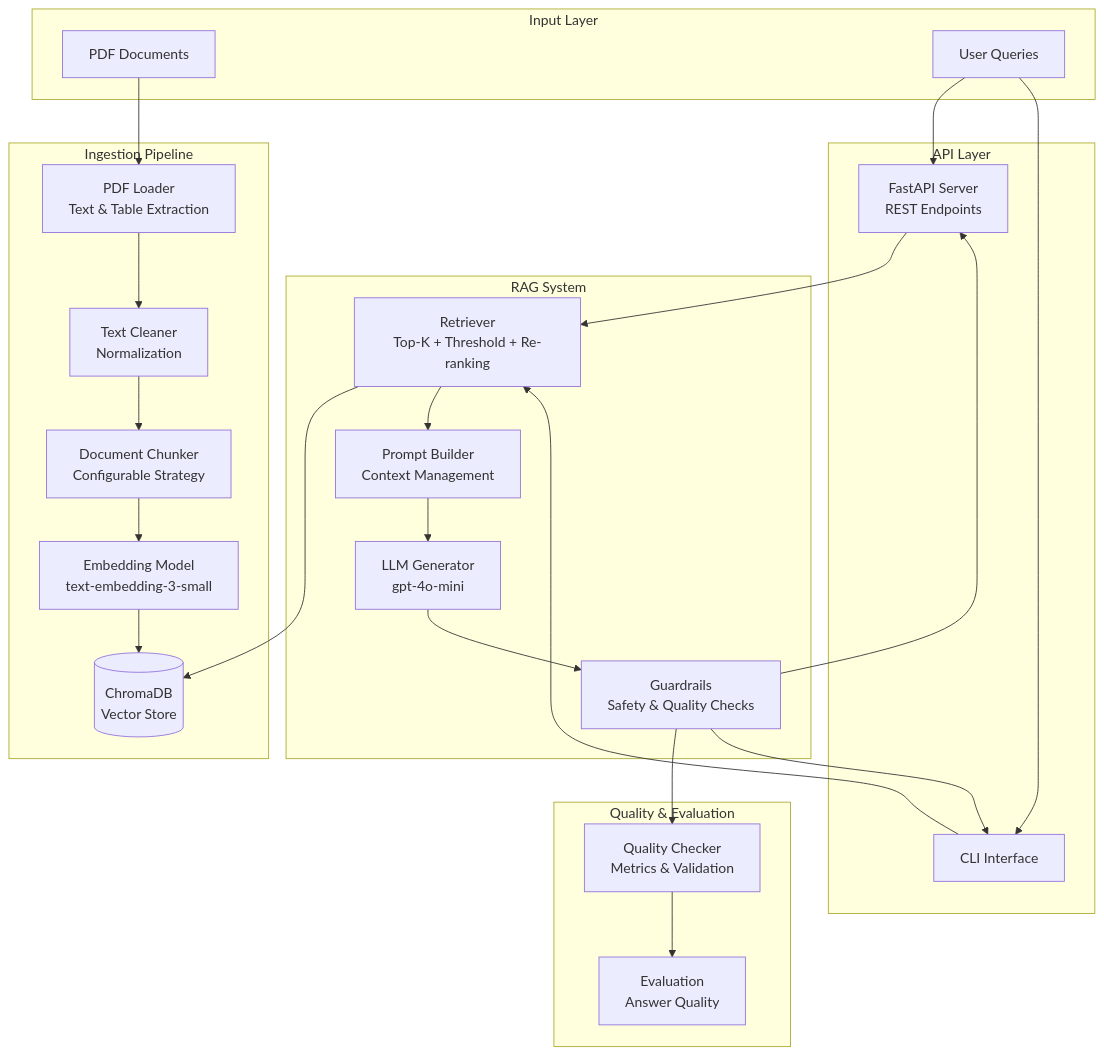
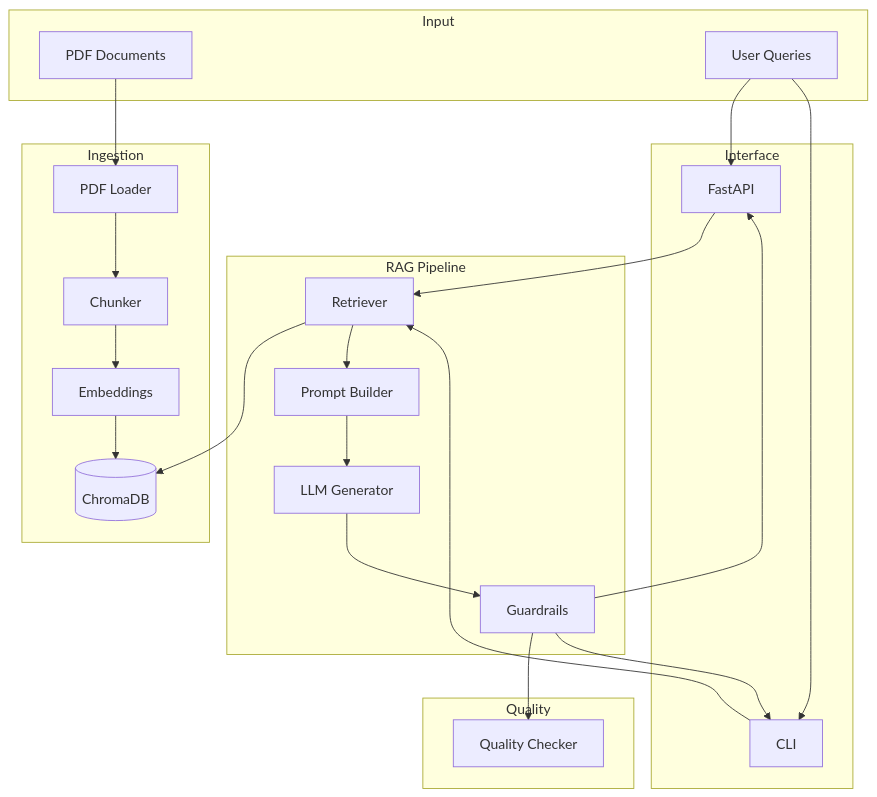
The first of 5 diagrams in README.md (jaisris/LabAssist_AI), drawn with Mermaid before and after one commit. The commit also changed other lines of this file, not shown here.

Commit message:
Update README: Remove Component Interactions diagram and create cleaner Architecture Diagram

````diff
--- a/README.md
+++ b/README.md
@@ -13,51 +13,47 @@
 ```mermaid
 graph TB
-    subgraph "Input Layer"
+    subgraph "Input"
         PDF[PDF Documents]
         USER[User Queries]
     end
     
-    subgraph "Ingestion Pipeline"
-        LOADER[PDF Loader<br/>Text & Table Extraction]
-        CLEANER[Text Cleaner<br/>Normalization]
-        CHUNKER[Document Chunker<br/>Configurable Strategy]
-        EMBED[Embedding Model<br/>text-embedding-3-small]
-        VDB[(ChromaDB<br/>Vector Store)]
+    subgraph "Ingestion"
+        LOADER[PDF Loader]
+        CHUNKER[Chunker]
+        EMBED[Embeddings]
+        VDB[(ChromaDB)]
     end
     
-    subgraph "RAG System"
-        RETRIEVER[Retriever<br/>Top-K + Threshold + Re-ranking]
-        PROMPT[Prompt Builder<br/>Context Management]
-        LLM[LLM Generator<br/>gpt-4o-mini]
-        GUARD[Guardrails<br/>Safety & Quality Checks]
+    subgraph "RAG Pipeline"
+        RETRIEVER[Retriever]
+        PROMPT[Prompt Builder]
+        LLM[LLM Generator]
+        GUARD[Guardrails]
     end
     
-    subgraph "API Layer"
-        API[FastAPI Server<br/>REST Endpoints]
-        CLI[CLI Interface]
+    subgraph "Interface"
+        API[FastAPI]
+        CLI[CLI]
     end
     
-    subgraph "Quality & Evaluation"
-        QC[Quality Checker<br/>Metrics & Validation]
-        EVAL[Evaluation<br/>Answer Quality]
+    subgraph "Quality"
+        QC[Quality Checker]
     end
     
     PDF --> LOADER
-    LOADER --> CLEANER
-    CLEANER --> CHUNKER
+    LOADER --> CHUNKER
     CHUNKER --> EMBED
     EMBED --> VDB
     
     USER --> API
     USER --> CLI
     API --> RETRIEVER
     CLI --> RETRIEVER
     RETRIEVER --> VDB
     RETRIEVER --> PROMPT
     PROMPT --> LLM
     LLM --> GUARD
     GUARD --> QC
     GUARD --> API
     GUARD --> CLI
-    QC --> EVAL
 ```
````
